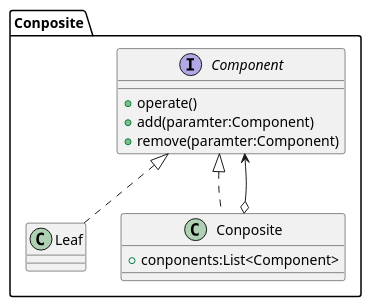
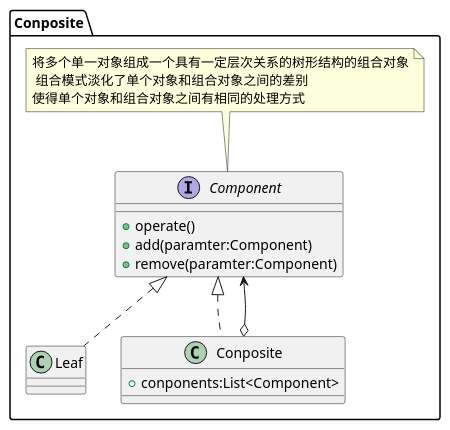
The diagram in lib_design_pattern/src/main/java/com/mxdl/desigin/pattern/structure/a07_composite/composite.puml (mxdldev/java-design-pattern), drawn with PlantUML before and after one commit. The commit also changed 14 other files, not shown here.

```diff
--- a/lib_design_pattern/src/main/java/com/mxdl/desigin/pattern/structure/a07_composite/composite.puml
+++ b/lib_design_pattern/src/main/java/com/mxdl/desigin/pattern/structure/a07_composite/composite.puml
@@ -1,14 +1,15 @@
 @startuml
 package Conposite{
     interface Component{
         +operate()
         +add(paramter:Component)
         +remove(paramter:Component)
     }
+    note top:将多个单一对象组成一个具有一定层次关系的树形结构的组合对象\n 组合模式淡化了单个对象和组合对象之间的差别\n使得单个对象和组合对象之间有相同的处理方式
     class Leaf implements Component
     class Conposite implements Component{
         +conponents:List<Component>
     }
     Conposite o--> Component
 }
 @enduml
```
